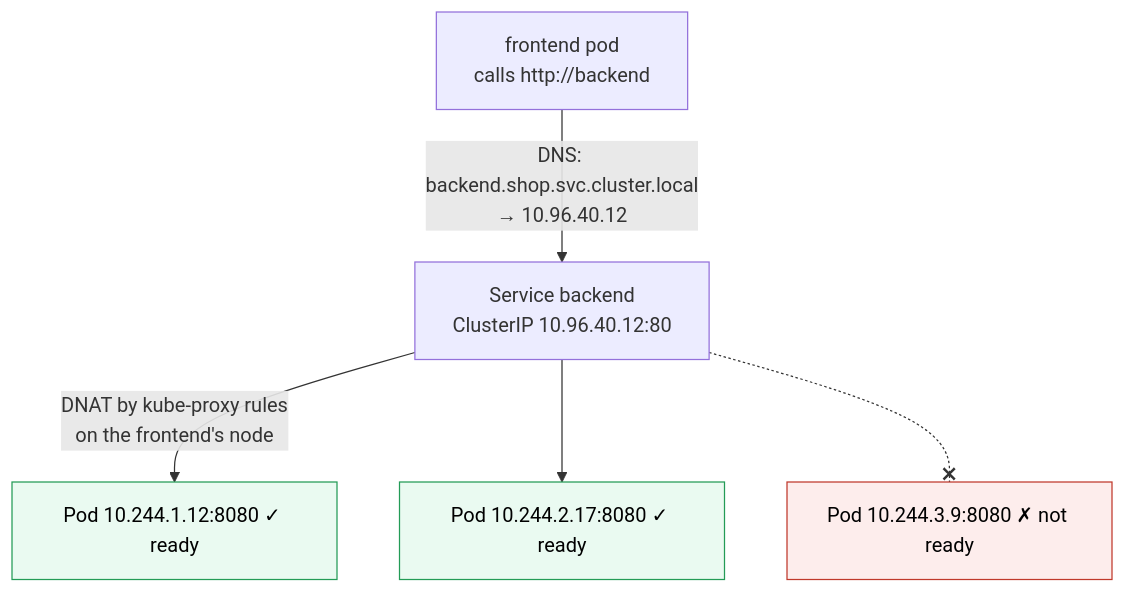
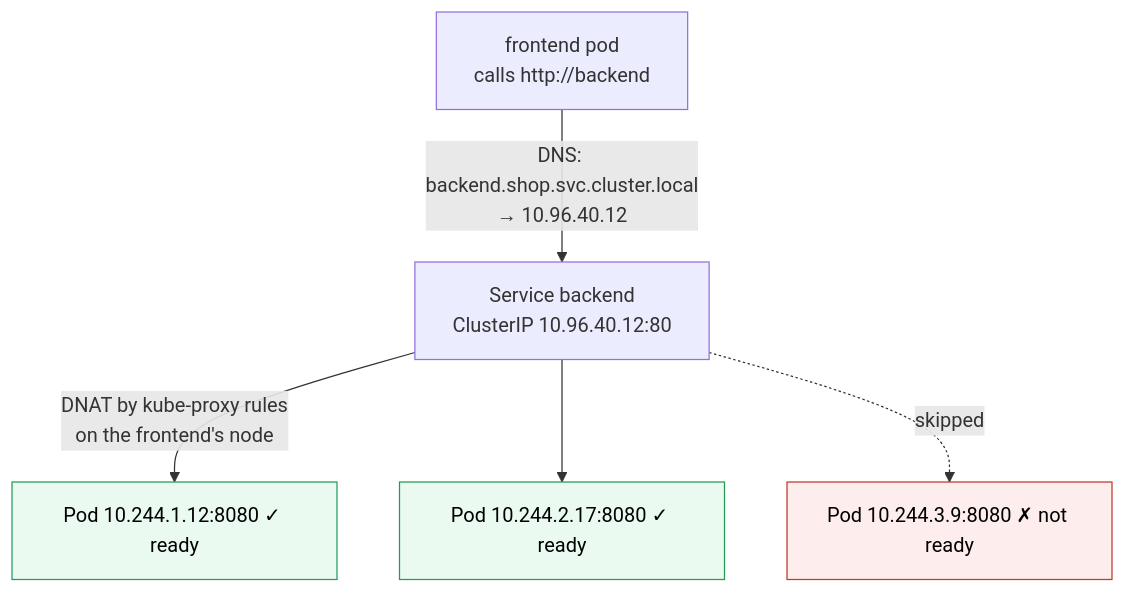
One commit to IhebBelhadj/second_brain changed the diagram in Areas/Containers/Kubernetes/Objects/Kubernetes Service.md. Above: the diagram before and after it, drawn with Mermaid. The commit also changed other lines of this file and 24 other files, not shown here.

````diff
--- a/Areas/Containers/Kubernetes/Objects/Kubernetes Service.md
+++ b/Areas/Containers/Kubernetes/Objects/Kubernetes Service.md
@@ -39,12 +39,12 @@
 ```mermaid
 flowchart TB
     F["frontend pod<br/>calls http://backend"] -->|"DNS: backend.shop.svc.cluster.local<br/>→ 10.96.40.12"| VIP["Service backend<br/>ClusterIP 10.96.40.12:80"]
     VIP -->|"DNAT by kube-proxy rules<br/>on the frontend's node"| P1["Pod 10.244.1.12:8080 ✓ ready"]
     VIP --> P2["Pod 10.244.2.17:8080 ✓ ready"]
-    VIP -.-x P3["Pod 10.244.3.9:8080 ✗ not ready"]
+    VIP -.->|"skipped"| P3["Pod 10.244.3.9:8080 ✗ not ready"]
 
     classDef ok fill:#eafaf1,stroke:#239b56,color:#000
     classDef no fill:#fdedec,stroke:#c0392b,color:#000
     class P1,P2 ok
     class P3 no
 ```
````
